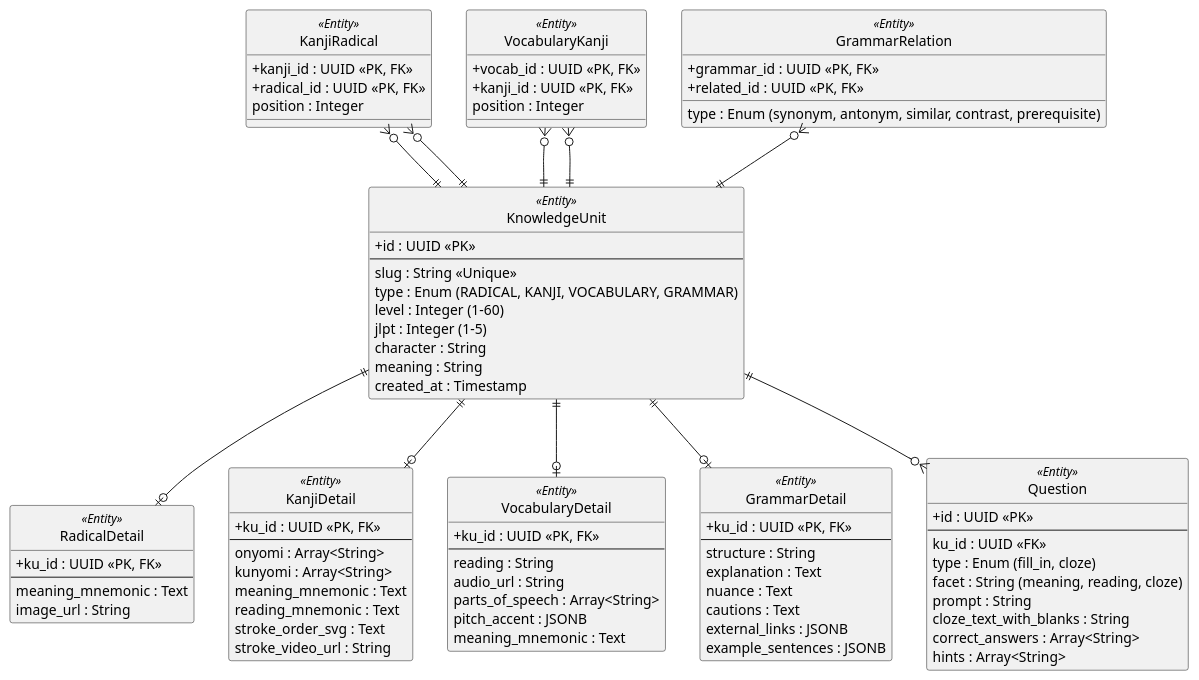
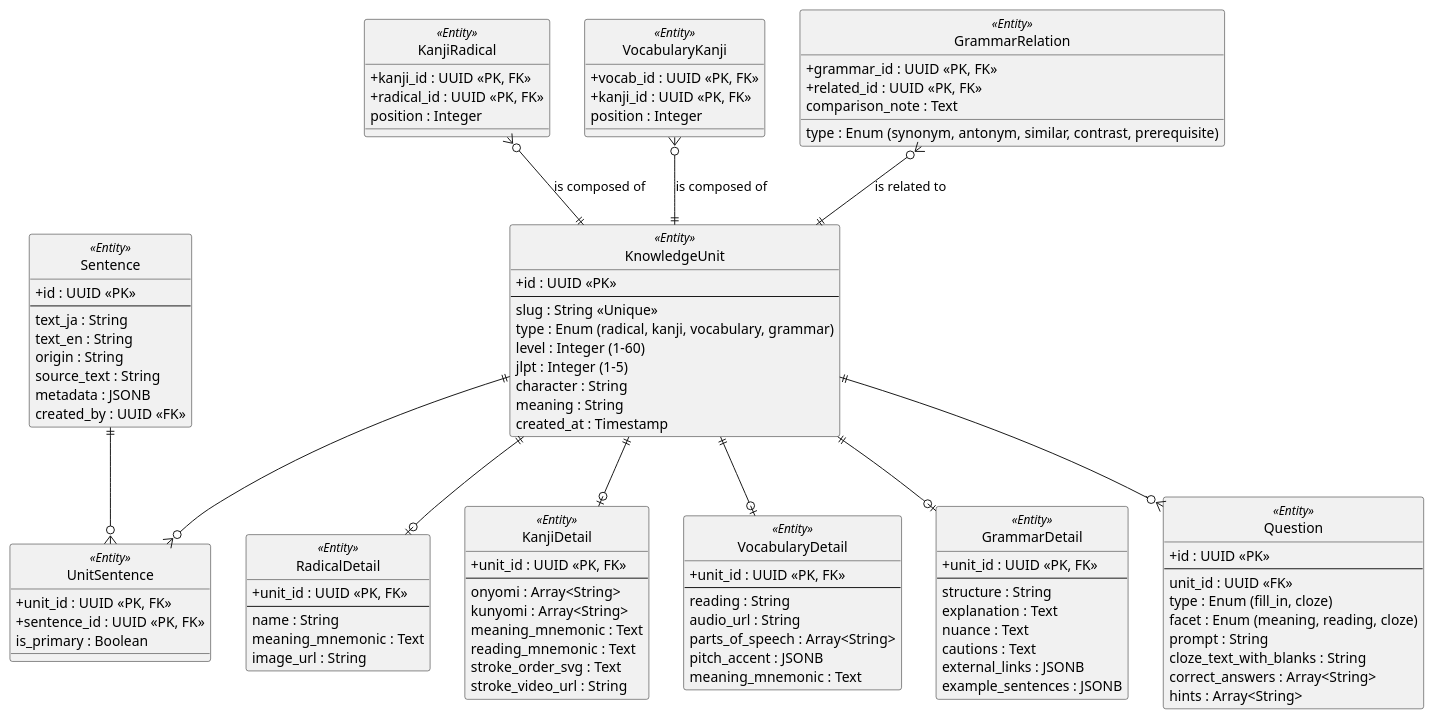
One commit to anhtranguyen-github/Hanachan changed the diagram in docs/er/content-er.md. Above: the diagram before and after it, drawn with PlantUML. The commit also changed other lines of this file and 20 other files, not shown here.

First line of the commit message:
docs(arch): update ER and package diagrams for Hanachan v2

````diff
--- a/docs/er/content-er.md
+++ b/docs/er/content-er.md
@@ -15,7 +15,7 @@
   + id : UUID <<PK>>
   --
   slug : String <<Unique>>
-  type : Enum (RADICAL, KANJI, VOCABULARY, GRAMMAR)
+  type : Enum (radical, kanji, vocabulary, grammar)
   level : Integer (1-60)
   jlpt : Integer (1-5)
   character : String
@@ -27,14 +27,15 @@
 ' DETAIL ENTITIES (Extension-like 1:1)
 ' ==========================================
 class RadicalDetail <<Entity>> {
-  + ku_id : UUID <<PK, FK>>
+  + unit_id : UUID <<PK, FK>>
   --
+  name : String
   meaning_mnemonic : Text
   image_url : String
 }
 
 class KanjiDetail <<Entity>> {
-  + ku_id : UUID <<PK, FK>>
+  + unit_id : UUID <<PK, FK>>
   --
   onyomi : Array<String>
   kunyomi : Array<String>
@@ -45,7 +46,7 @@
 }
 
 class VocabularyDetail <<Entity>> {
-  + ku_id : UUID <<PK, FK>>
+  + unit_id : UUID <<PK, FK>>
   --
   reading : String
   audio_url : String
@@ -55,7 +56,7 @@
 }
 
 class GrammarDetail <<Entity>> {
-  + ku_id : UUID <<PK, FK>>
+  + unit_id : UUID <<PK, FK>>
   --
   structure : String
   explanation : Text
@@ -84,6 +85,7 @@
   + grammar_id : UUID <<PK, FK>>
   + related_id : UUID <<PK, FK>>
   type : Enum (synonym, antonym, similar, contrast, prerequisite)
+  comparison_note : Text
 }
 
 ' ==========================================
@@ -92,13 +94,33 @@
 class Question <<Entity>> {
   + id : UUID <<PK>>
   --
-  ku_id : UUID <<FK>>
+  unit_id : UUID <<FK>>
   type : Enum (fill_in, cloze)
-  facet : String (meaning, reading, cloze)
+  facet : Enum (meaning, reading, cloze)
   prompt : String
   cloze_text_with_blanks : String
   correct_answers : Array<String>
   hints : Array<String>
+}
+
+' ==========================================
+' SENTENCE DOMAIN
+' ==========================================
+class Sentence <<Entity>> {
+  + id : UUID <<PK>>
+  --
+  text_ja : String
+  text_en : String
+  origin : String
+  source_text : String
+  metadata : JSONB
+  created_by : UUID <<FK>>
+}
+
+class UnitSentence <<Entity>> {
+  + unit_id : UUID <<PK, FK>>
+  + sentence_id : UUID <<PK, FK>>
+  is_primary : Boolean
 }
 
 ' ==========================================
@@ -109,13 +131,13 @@
 KnowledgeUnit ||--o| VocabularyDetail
 KnowledgeUnit ||--o| GrammarDetail
 KnowledgeUnit ||--o{ Question
+KnowledgeUnit ||--o{ UnitSentence
+Sentence ||--o{ UnitSentence
 
 ' Cross-Refs
-KanjiRadical }o--|| KnowledgeUnit
-KanjiRadical }o--|| KnowledgeUnit
-VocabularyKanji }o--|| KnowledgeUnit
-VocabularyKanji }o--|| KnowledgeUnit
-GrammarRelation }o--|| KnowledgeUnit
+KanjiRadical }o--|| KnowledgeUnit : "is composed of"
+VocabularyKanji }o--|| KnowledgeUnit : "is composed of"
+GrammarRelation }o--|| KnowledgeUnit : "is related to"
 
 @enduml
 ```
````
